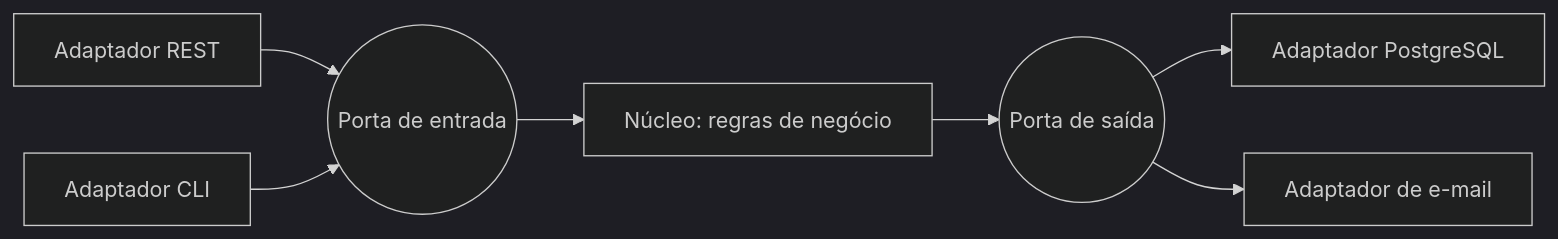
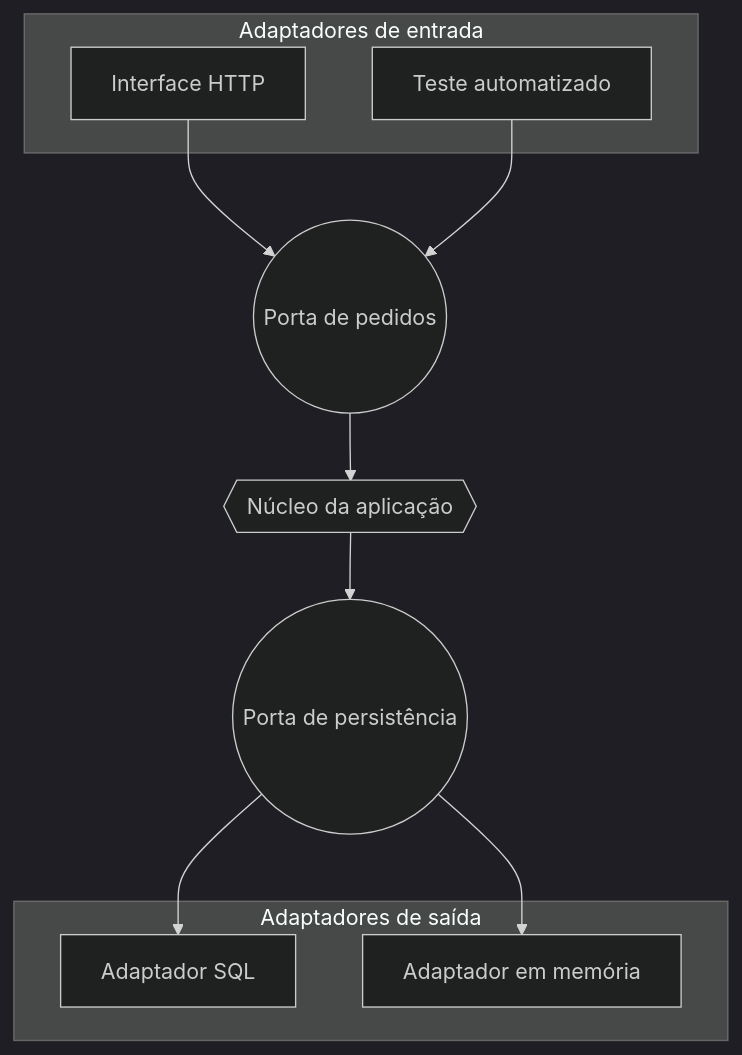
The second of 2 diagrams in content/enade/arquitetura/estilos-arquiteturais.md (pedrotescaro/Stacklyst), drawn with Mermaid (dark theme) before and after one commit. The commit also changed other lines of this file and 84 other files, not shown here.

Commit message:
feat(enade): redraw study library diagrams

````diff
--- a/content/enade/arquitetura/estilos-arquiteturais.md
+++ b/content/enade/arquitetura/estilos-arquiteturais.md
@@ -98,9 +109,17 @@
-```mermaid Arquitetura hexagonal
-flowchart LR
-  REST[Adaptador REST] --> PE((Porta de entrada))
-  CLI[Adaptador CLI] --> PE
-  PE --> N[Núcleo: regras de negócio]
-  N --> PS((Porta de saída))
-  PS --> DB[Adaptador PostgreSQL]
-  PS --> MAIL[Adaptador de e-mail]
+```mermaid Portas e adaptadores
+flowchart TB
+  subgraph EN["Adaptadores de entrada"]
+    H["Interface HTTP"]
+    T["Teste automatizado"]
+  end
+  H --> E(("Porta de pedidos"))
+  T --> E
+  E --> N{{"Núcleo da aplicação"}}
+  N --> S(("Porta de persistência"))
+  subgraph EX["Adaptadores de saída"]
+    DB["Adaptador SQL"]
+    MM["Adaptador em memória"]
+  end
+  S --> DB
+  S --> MM
 ```
````
